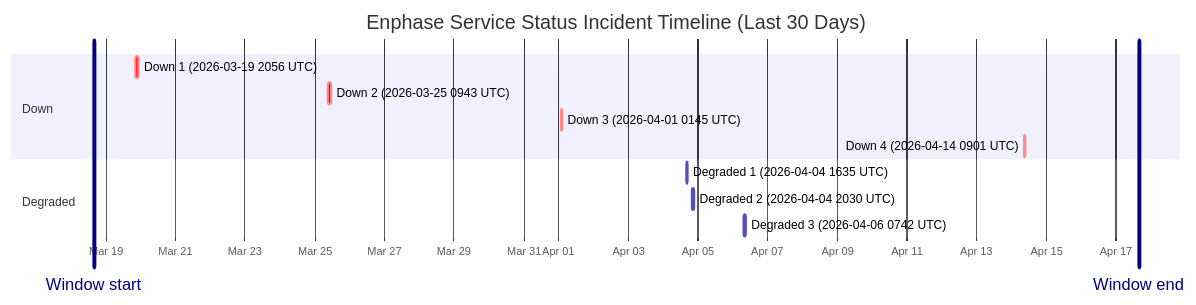
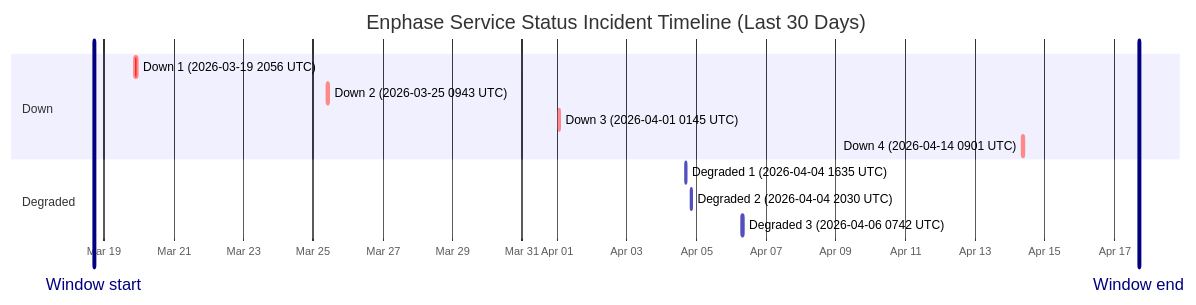
One commit to barneyonline/ha-enphase-ev-charger changed the diagram in wiki/Service-Status-History.md. Above: the diagram before and after it, drawn with Mermaid. The commit also changed other lines of this file and 3 other files, not shown here.

````diff
--- a/wiki/Service-Status-History.md
+++ b/wiki/Service-Status-History.md
@@ -14,17 +14,17 @@
 ```mermaid
 gantt
     title Enphase Service Status Incident Timeline (Last 30 Days)
     dateFormat  YYYY-MM-DDTHH:mm:ss
     axisFormat  %b %d
-    Window start :vert, window-start, 2026-03-18T16:00:08, 0ms
-    Window end :vert, window-end, 2026-04-17T16:00:08, 0ms
+    Window start :vert, window-start, 2026-03-18T17:02:40, 0ms
+    Window end :vert, window-end, 2026-04-17T17:02:40, 0ms
     section Down
     Down 1 (2026-03-19 2056 UTC) :crit, down-1, 2026-03-19T20:56:20, 145m
     Down 2 (2026-03-25 0943 UTC) :crit, down-2, 2026-03-25T09:43:28, 111m
     Down 3 (2026-04-01 0145 UTC) :crit, down-3, 2026-04-01T01:45:09, 60m
     Down 4 (2026-04-14 0901 UTC) :crit, down-4, 2026-04-14T09:01:13, 60m
     section Degraded
     Degraded 1 (2026-04-04 1635 UTC) :active, degraded-1, 2026-04-04T16:35:17, 60m
     Degraded 2 (2026-04-04 2030 UTC) :active, degraded-2, 2026-04-04T20:30:40, 60m
     Degraded 3 (2026-04-06 0742 UTC) :active, degraded-3, 2026-04-06T07:42:09, 85m
 ```
````
